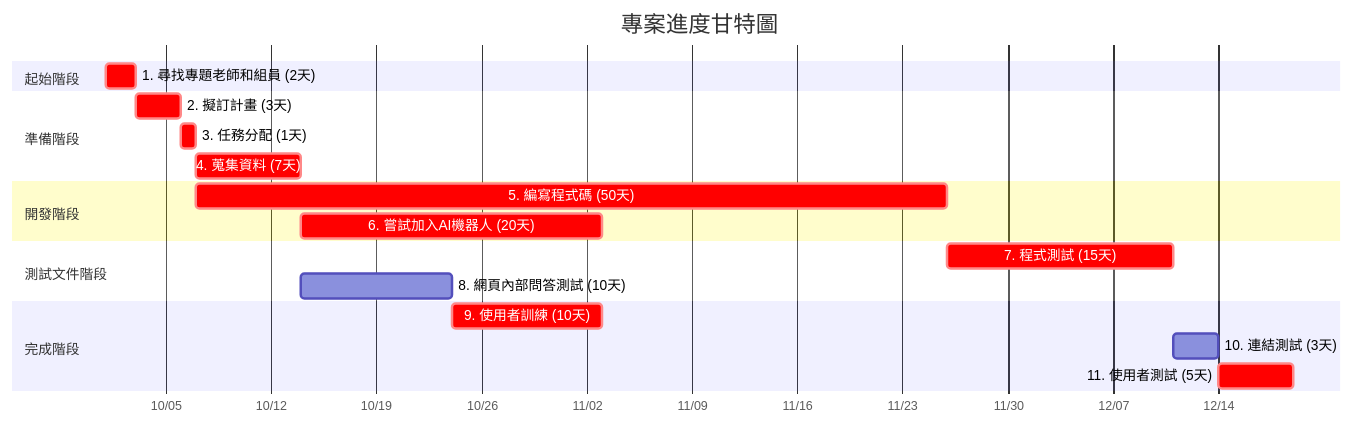
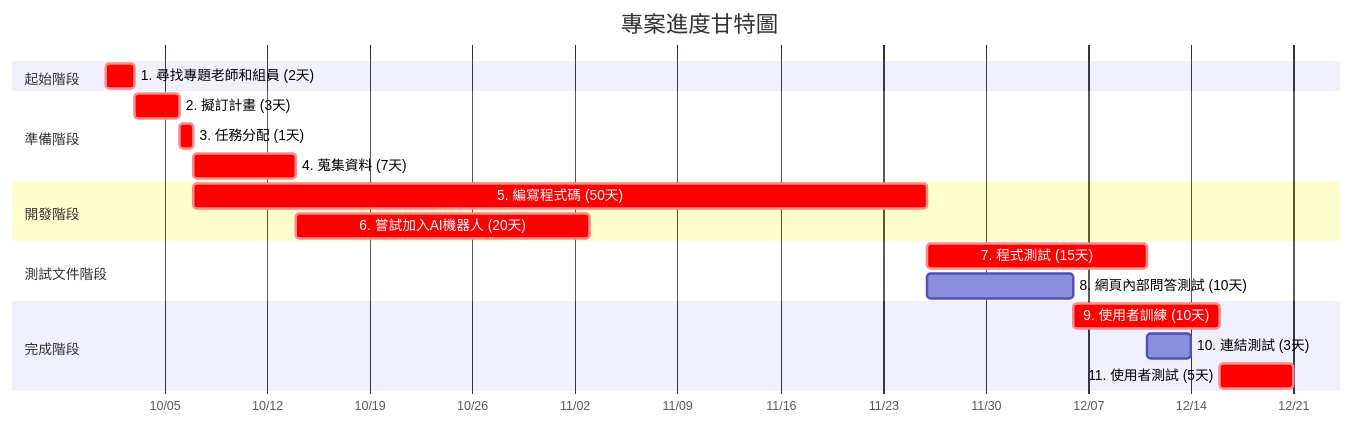
One commit to c112118202-droid/- changed the second of 2 diagrams in hw2.md. Above: the diagram before and after it, drawn with Mermaid.

````diff
--- a/hw2.md
+++ b/hw2.md
@@ -29,27 +29,27 @@
 ```mermaid
 gantt
     title 專案進度甘特圖
     dateFormat YYYY-MM-DD
     axisFormat %m/%d
     
     section 起始階段
     1. 尋找專題老師和組員 (2天)     :crit, m1, 2025-10-01, 2d
     
     section 準備階段
     2. 擬訂計畫 (3天)     :crit, m2, after m1, 3d
     3. 任務分配 (1天)    :crit, m3, after m2, 1d
     4. 蒐集資料 (7天)    :crit, m4, after m3, 7d
 
     section 開發階段
     5. 編寫程式碼 (50天)    :crit, m5, after m3, 50d
     6. 嘗試加入AI機器人 (20天)    :crit, m6, after m4, 20d
     
     section 測試文件階段
     7. 程式測試 (15天)    :crit, m7, after m5, 15d
-    8. 網頁內部問答測試 (10天) :m8, after m4, 10d
+    8. 網頁內部問答測試 (10天) :m8, after m5, 10d
         
     section 完成階段
     9. 使用者訓練 (10天)    :crit, m9, after m8, 10d
     10. 連結測試 (3天)  :m10, after m7 m8, 3d
     11. 使用者測試 (5天)  :crit, m11, after m9 m10, 5d
 ```
````
